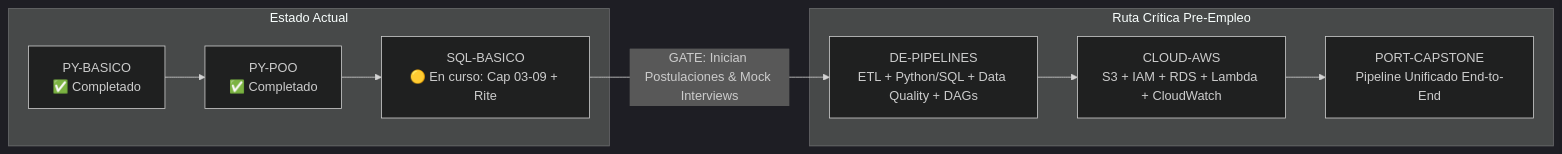
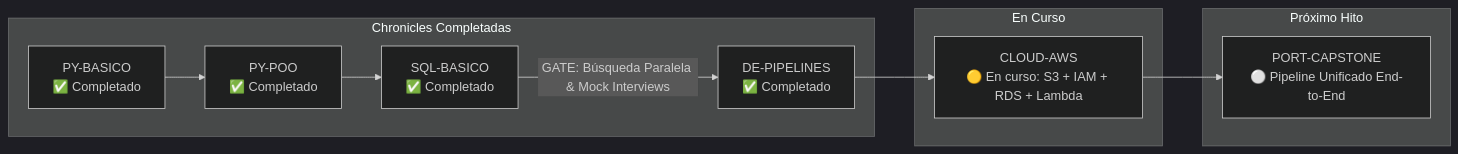
Before and after one commit to 01Ander/DoJo_Study: the diagram in system/docs/05-syllabus-maestro.md, drawn with Mermaid (dark theme). The commit also changed other lines of this file and 4 other files, not shown here.

````diff
--- a/system/docs/05-syllabus-maestro.md
+++ b/system/docs/05-syllabus-maestro.md
@@ -15,13 +15,16 @@
 ```mermaid
 graph LR
-    subgraph Estado Actual
+    subgraph Chronicles Completadas
         P1[PY-BASICO<br/>✅ Completado] --> P2[PY-POO<br/>✅ Completado]
-        P2 --> S1[SQL-BASICO<br/>🟡 En curso: Cap 03-09 + Rite]
+        P2 --> S1[SQL-BASICO<br/>✅ Completado]
+        S1 -->|GATE: Búsqueda Paralela & Mock Interviews| DE[DE-PIPELINES<br/>✅ Completado]
     end
 
-    subgraph Ruta Crítica Pre-Empleo
-        S1 -->|GATE: Inician Postulaciones & Mock Interviews| DE[DE-PIPELINES<br/>ETL + Python/SQL + Data Quality + DAGs]
-        DE --> CLOUD[CLOUD-AWS<br/>S3 + IAM + RDS + Lambda + CloudWatch]
-        CLOUD --> PORT[PORT-CAPSTONE<br/>Pipeline Unificado End-to-End]
+    subgraph En Curso
+        DE --> CLOUD[CLOUD-AWS<br/>🟡 En curso: S3 + IAM + RDS + Lambda]
+    end
+
+    subgraph Próximo Hito
+        CLOUD --> PORT[PORT-CAPSTONE<br/>⚪ Pipeline Unificado End-to-End]
     end
 ```
````
